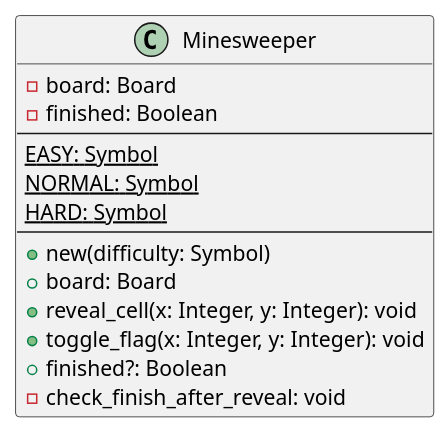
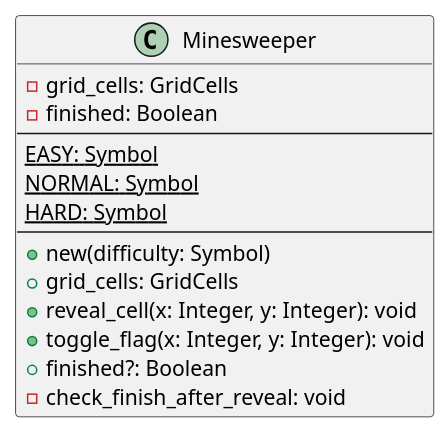
One commit to Yuhi-Sato/minesweeper changed the diagram in diagrams/minesweeper_class.plantuml. Above: the diagram before and after it, drawn with PlantUML. The commit also changed 1 other file, not shown here.

```diff
--- a/diagrams/minesweeper_class.plantuml
+++ b/diagrams/minesweeper_class.plantuml
@@ -1,19 +1,19 @@
 @startuml minesweeper_class
 
 class Minesweeper {
-    - board: Board
+    - grid_cells: GridCells
     - finished: Boolean
     --
     {static} EASY: Symbol
     {static} NORMAL: Symbol
     {static} HARD: Symbol
     --
     + new(difficulty: Symbol)
-    + board: Board
+    + grid_cells: GridCells
     + reveal_cell(x: Integer, y: Integer): void
     + toggle_flag(x: Integer, y: Integer): void
     + finished?: Boolean
     - check_finish_after_reveal: void
 }
 
 @enduml
```
